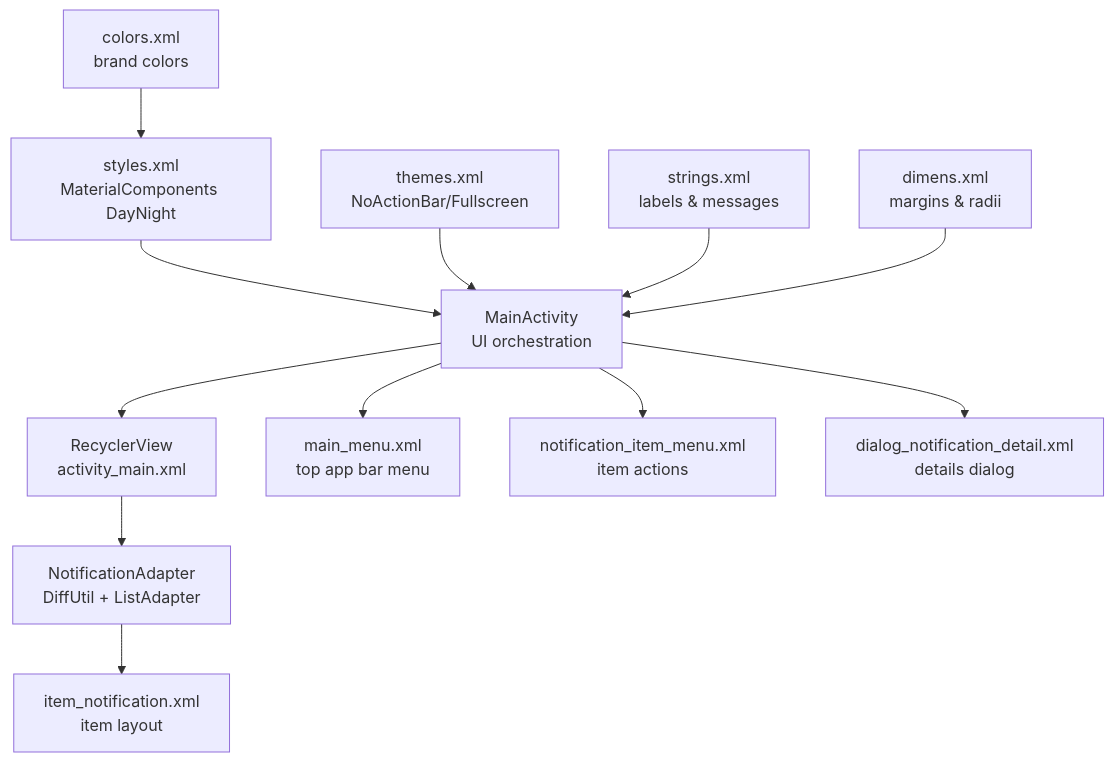
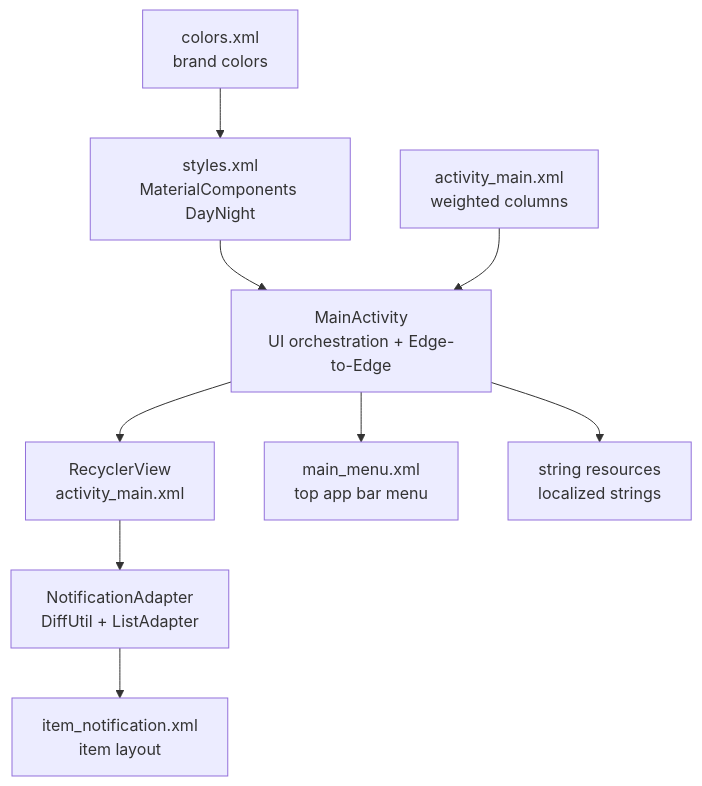
Before and after one commit to caldefoc/NotificationLog: the first of 7 diagrams in .qoder/repowiki/en/content/User Interface/User Interface.md, drawn with Mermaid. The commit also changed other lines of this file and 13 other files, not shown here.

````diff
--- a/.qoder/repowiki/en/content/User Interface/User Interface.md
+++ b/.qoder/repowiki/en/content/User Interface/User Interface.md
@@ -46,14 +49,11 @@
 ```mermaid
 graph TB
-A["MainActivity<br/>UI orchestration"] --> B["RecyclerView<br/>activity_main.xml"]
+A["MainActivity<br/>UI orchestration + Edge-to-Edge"] --> B["RecyclerView<br/>activity_main.xml"]
 B --> C["NotificationAdapter<br/>DiffUtil + ListAdapter"]
 C --> D["item_notification.xml<br/>item layout"]
 A --> E["main_menu.xml<br/>top app bar menu"]
-A --> F["notification_item_menu.xml<br/>item actions"]
-A --> G["dialog_notification_detail.xml<br/>details dialog"]
-H["styles.xml<br/>MaterialComponents DayNight"] --> A
-I["themes.xml<br/>NoActionBar/Fullscreen"] --> A
-J["colors.xml<br/>brand colors"] --> H
-K["strings.xml<br/>labels & messages"] --> A
-L["dimens.xml<br/>margins & radii"] --> A
+A --> F["string resources<br/>localized strings"]
+G["styles.xml<br/>MaterialComponents DayNight"] --> A
+H["colors.xml<br/>brand colors"] --> G
+I["activity_main.xml<br/>weighted columns"] --> A
 ```
````
